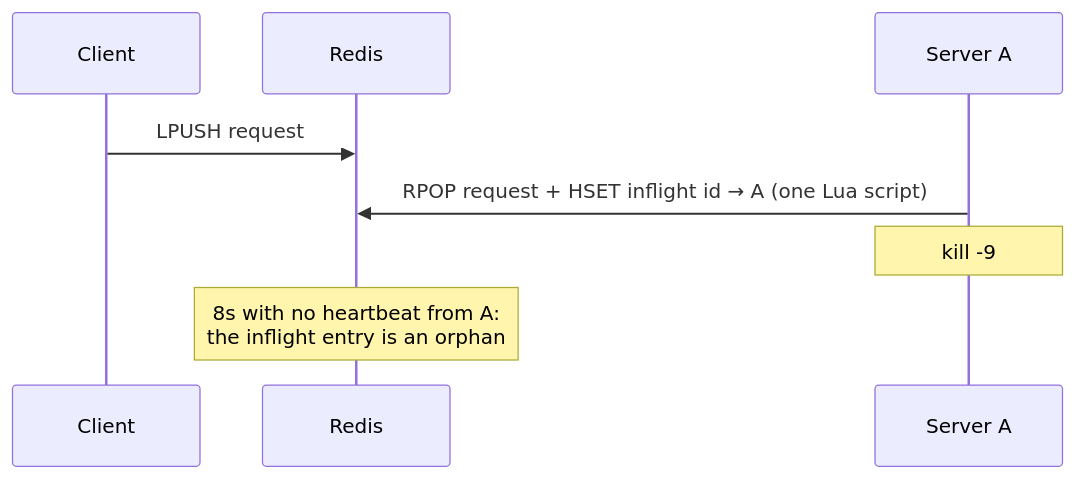
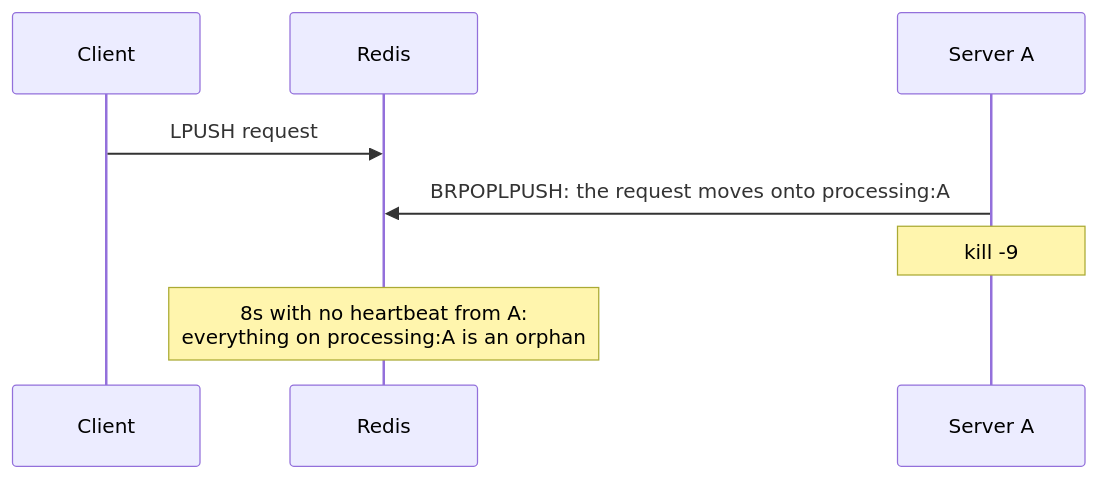
Before and after one commit to KaiqueBahmad/anycall: the first of 2 diagrams in docs/reaping.md, drawn with Mermaid. The commit also changed other lines of this file and 3 other files, not shown here.

````diff
--- a/docs/reaping.md
+++ b/docs/reaping.md
@@ -24,10 +23,10 @@
 ```mermaid
 sequenceDiagram
     participant C as Client
     participant R as Redis
     participant A as Server A
     C->>R: LPUSH request
-    A->>R: RPOP request + HSET inflight id → A (one Lua script)
+    A->>R: BRPOPLPUSH: the request moves onto processing:A
     Note over A: kill -9
-    Note over R: 8s with no heartbeat from A:<br/>the inflight entry is an orphan
+    Note over R: 8s with no heartbeat from A:<br/>everything on processing:A is an orphan
 ```
````
